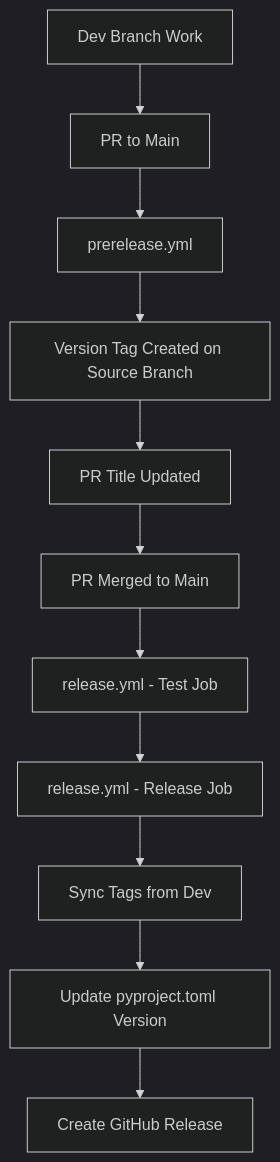
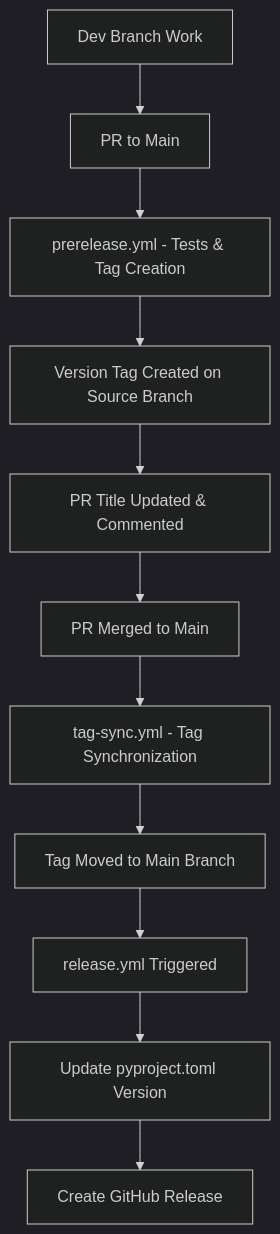
The diagram in docs/workflow.md (ultimatile/JuliaPkgTemplatesCLI), drawn with Mermaid (dark theme) before and after one commit. The commit also changed other lines of this file, not shown here.

````diff
--- a/docs/workflow.md
+++ b/docs/workflow.md
@@ -68,13 +81,13 @@
 ```mermaid
 graph TD
     A[Dev Branch Work] --> B[PR to Main]
-    B --> C[prerelease.yml]
+    B --> C[prerelease.yml - Tests & Tag Creation]
     C --> D[Version Tag Created on Source Branch]
-    D --> E[PR Title Updated]
+    D --> E[PR Title Updated & Commented]
     E --> F[PR Merged to Main]
-    F --> G[release.yml - Test Job]
-    G --> H[release.yml - Release Job]
-    H --> I[Sync Tags from Dev]
+    F --> G[tag-sync.yml - Tag Synchronization]
+    G --> H[Tag Moved to Main Branch]
+    H --> I[release.yml Triggered]
     I --> J[Update pyproject.toml Version]
     J --> K[Create GitHub Release]
 ```
````
